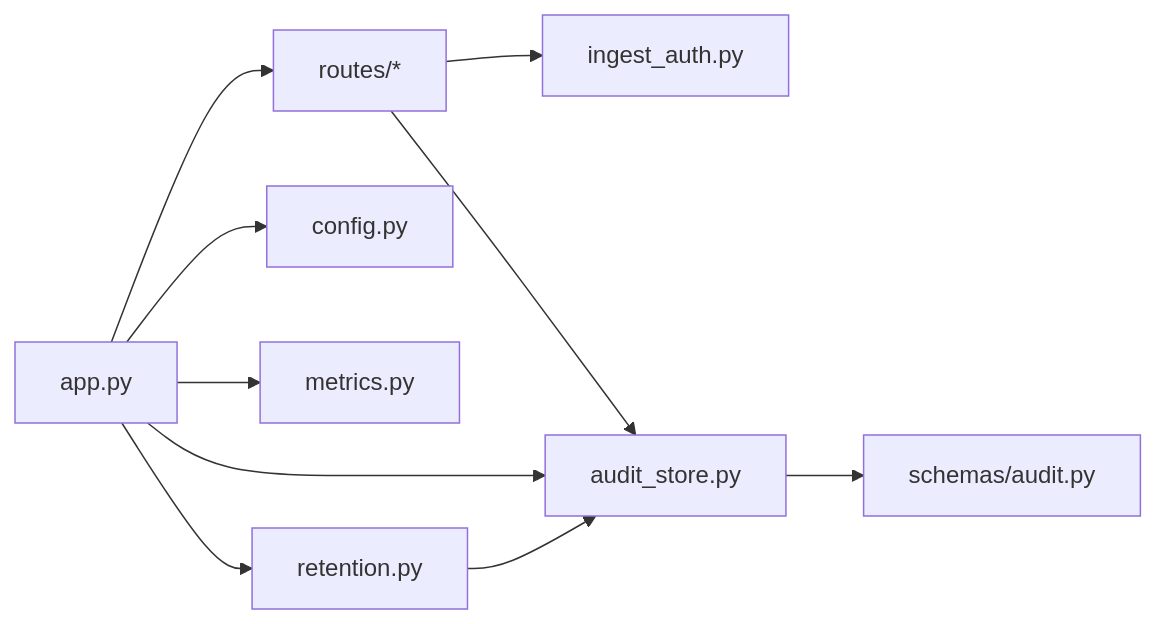
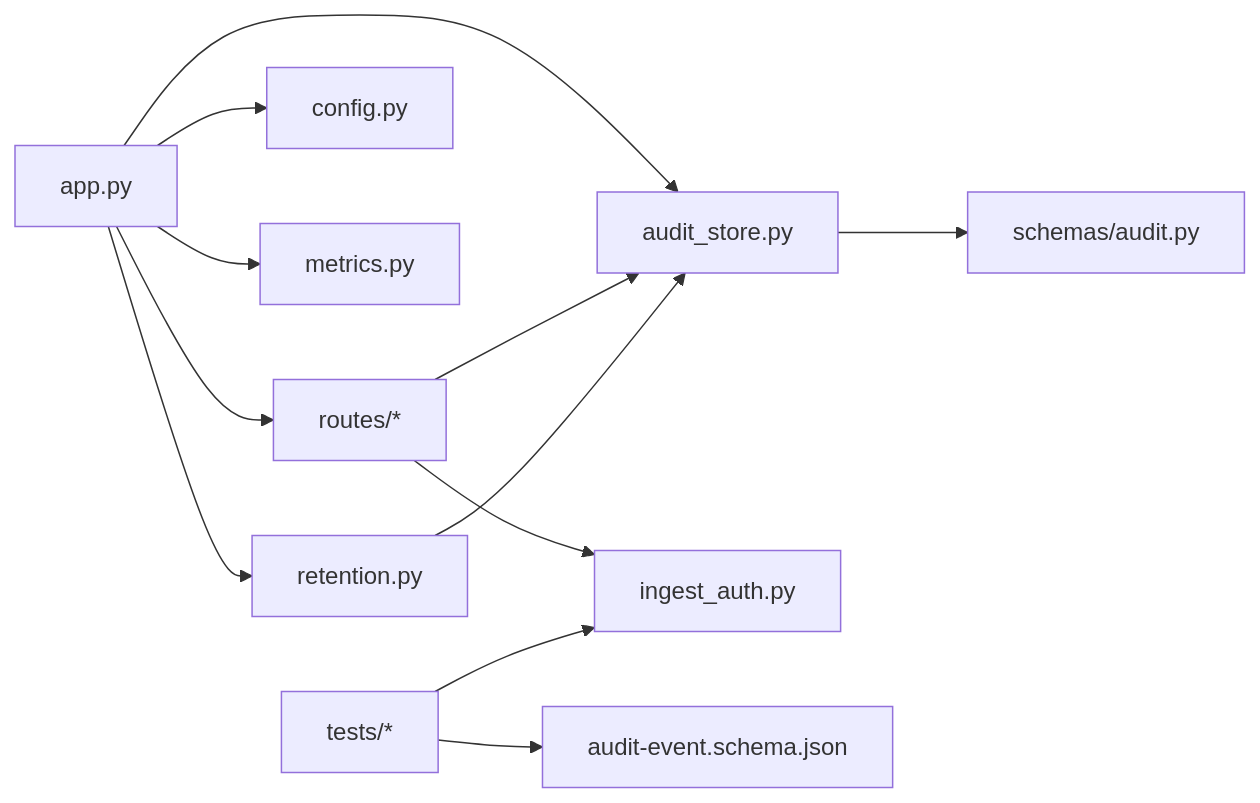
Diagram 11 of 11 in .qoder/repowiki/en/content/Architecture Documentation/Audit Service Product.md (metasync/luban-aiops), drawn with Mermaid before and after one commit. The commit also changed other lines of this file and 8 other files, not shown here.

````diff
--- a/.qoder/repowiki/en/content/Architecture Documentation/Audit Service Product.md
+++ b/.qoder/repowiki/en/content/Architecture Documentation/Audit Service Product.md
@@ -429,12 +477,14 @@
 ```mermaid
 graph LR
 App["app.py"] --> Router["routes/*"]
 App --> Config["config.py"]
 App --> Metrics["metrics.py"]
 App --> Store["audit_store.py"]
 App --> Retention["retention.py"]
 Router --> Auth["ingest_auth.py"]
 Router --> Store
 Retention --> Store
 Store --> Schemas["schemas/audit.py"]
+Test["tests/*"] --> Contract["audit-event.schema.json"]
+Test --> Auth
 ```
````
